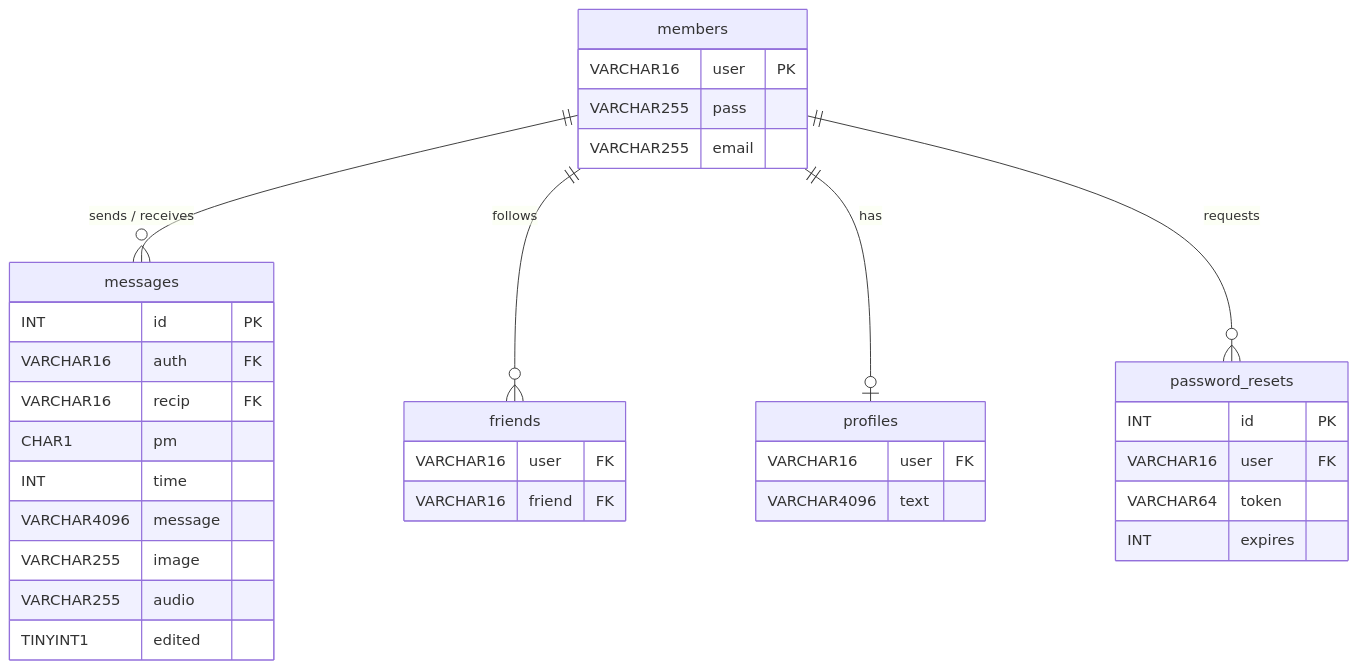
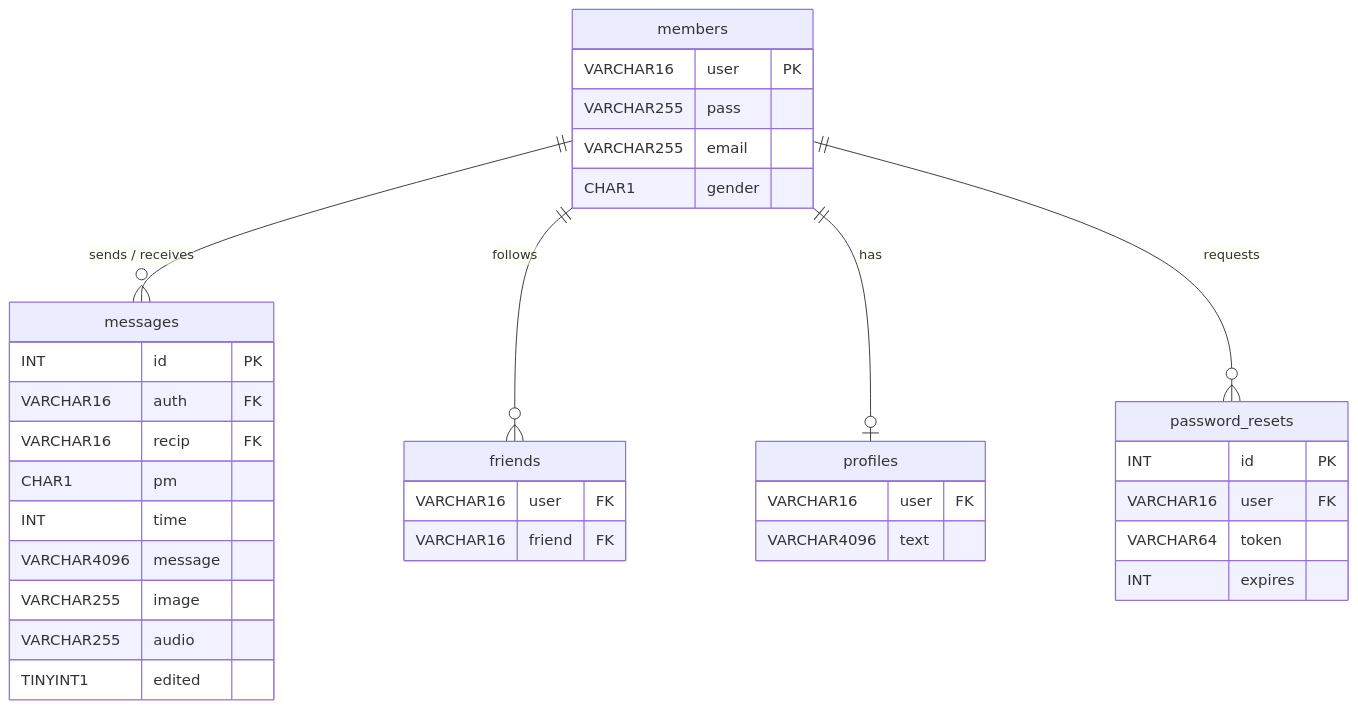
One commit to ShehrozMirza/MessengerChat changed the second of 4 diagrams in README.md. Above: the diagram before and after it, drawn with Mermaid. The commit also changed other lines of this file and 1 other file, not shown here.

````diff
--- a/README.md
+++ b/README.md
@@ -341,38 +350,39 @@
 ```mermaid
 erDiagram
     members {
         VARCHAR16  user    PK
         VARCHAR255 pass
         VARCHAR255 email
+        CHAR1      gender
     }
     messages {
         INT        id      PK
         VARCHAR16  auth    FK
         VARCHAR16  recip   FK
         CHAR1      pm
         INT        time
         VARCHAR4096 message
         VARCHAR255 image
         VARCHAR255 audio
         TINYINT1   edited
     }
     friends {
         VARCHAR16  user    FK
         VARCHAR16  friend  FK
     }
     profiles {
         VARCHAR16   user   FK
         VARCHAR4096 text
     }
     password_resets {
         INT       id      PK
         VARCHAR16 user    FK
         VARCHAR64 token
         INT       expires
     }
 
     members ||--o{ messages        : "sends / receives"
     members ||--o{ friends         : "follows"
     members ||--o| profiles        : "has"
     members ||--o{ password_resets : "requests"
 ```
````
